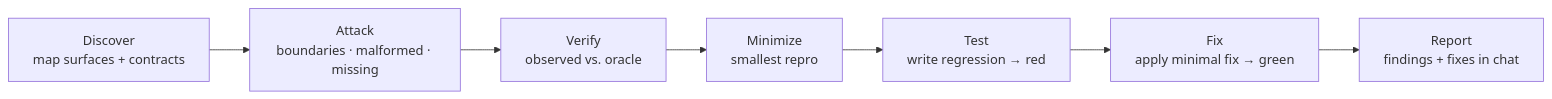
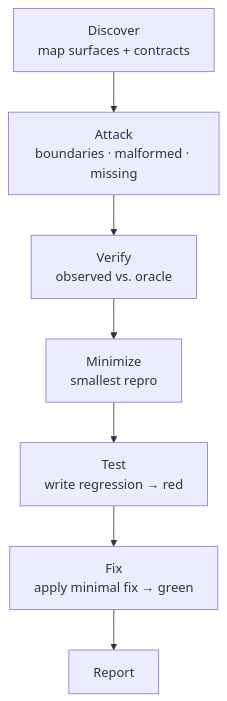
The diagram in README.md (mhenke/sstack), drawn with Mermaid before and after one commit.

Commit message:
docs: mermaid flowchart top-down for readability

````diff
--- a/README.md
+++ b/README.md
@@ -26,9 +26,9 @@
 ```mermaid
-flowchart LR
+flowchart TD
     D["Discover\nmap surfaces + contracts"] --> A["Attack\nboundaries · malformed · missing"]
     A --> V["Verify\nobserved vs. oracle"]
     V --> M["Minimize\nsmallest repro"]
     M --> T["Test\nwrite regression → red"]
     T --> F["Fix\napply minimal fix → green"]
-    F --> R["Report\nfindings + fixes in chat"]
+    F --> R["Report"]
 ```
````
